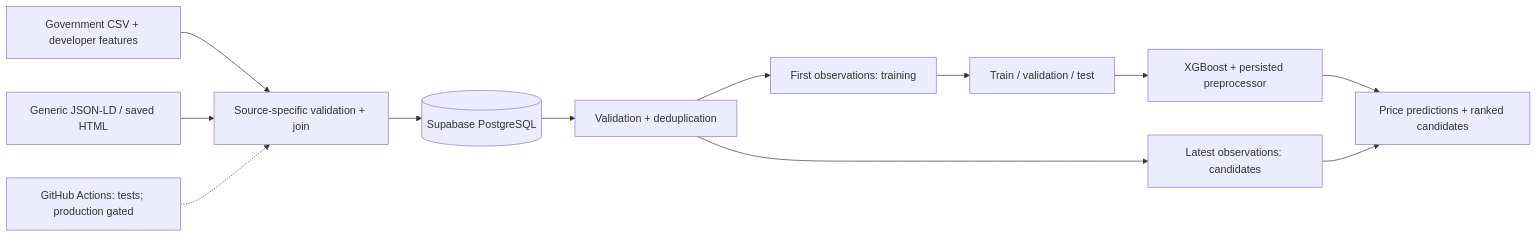
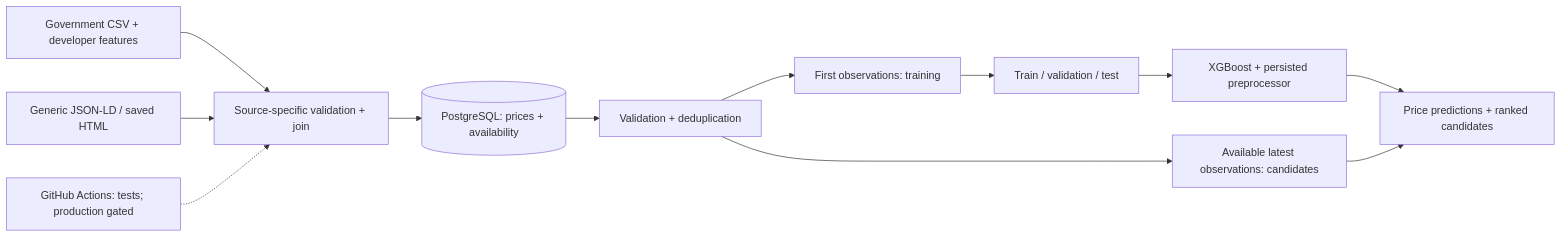
Before and after one commit to filip-skopczynski/real-estate-mlops: the diagram in README.md, drawn with Mermaid. The commit also changed other lines of this file and 12 other files, not shown here.

````diff
--- a/README.md
+++ b/README.md
@@ -9,14 +9,14 @@
 ```mermaid
 flowchart LR
     A[Government CSV + developer features] --> B[Source-specific validation + join]
     K[Generic JSON-LD / saved HTML] --> B
-    B --> C[(Supabase PostgreSQL)]
+    B --> C[(PostgreSQL: prices + availability)]
     C --> D[Validation + deduplication]
     D --> E[First observations: training]
-    D --> F[Latest observations: candidates]
+    D --> F[Available latest observations: candidates]
     E --> G[Train / validation / test]
     G --> H[XGBoost + persisted preprocessor]
     H --> I[Price predictions + ranked candidates]
     F --> I
     J[GitHub Actions: tests; production gated] -.-> B
 ```
````
